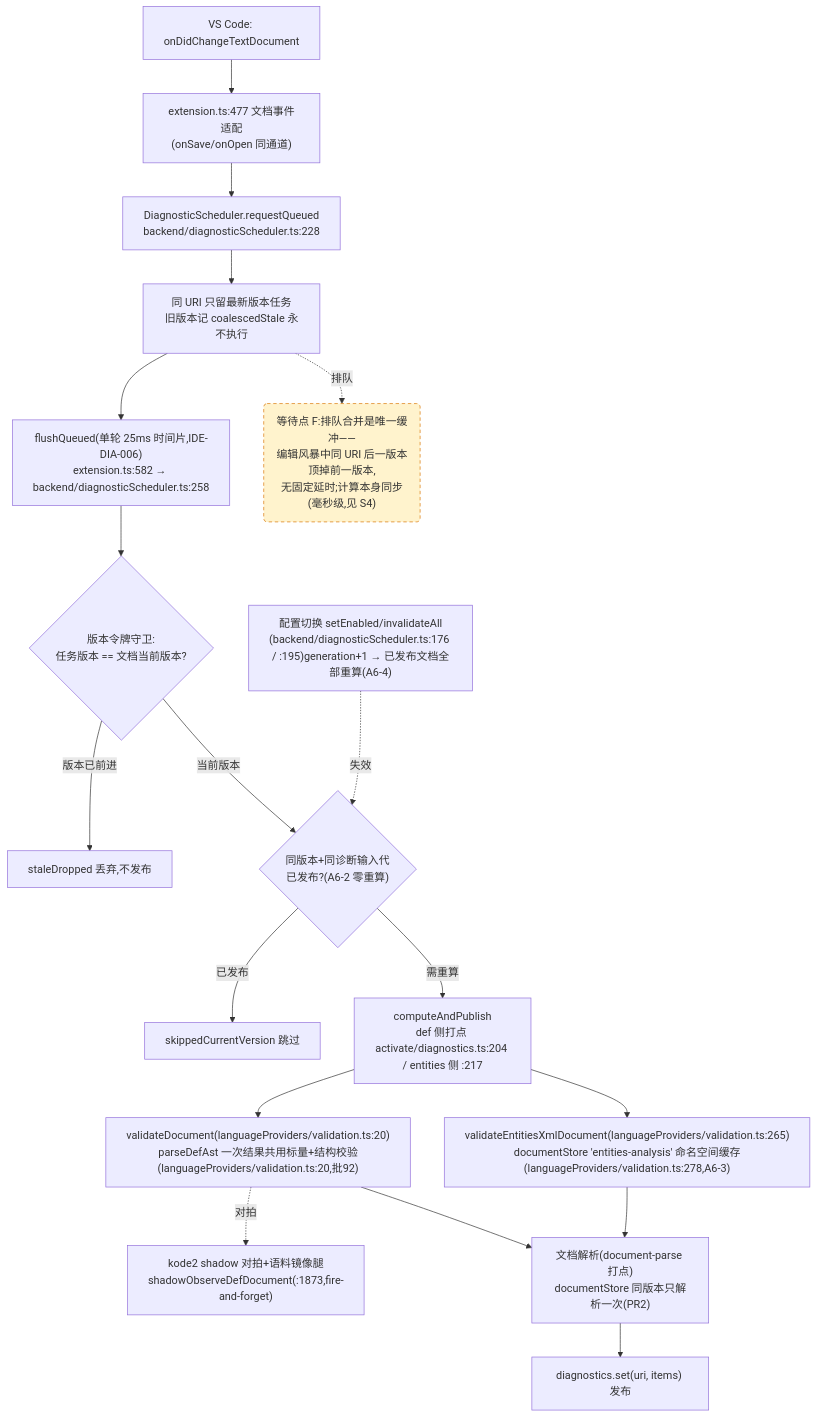
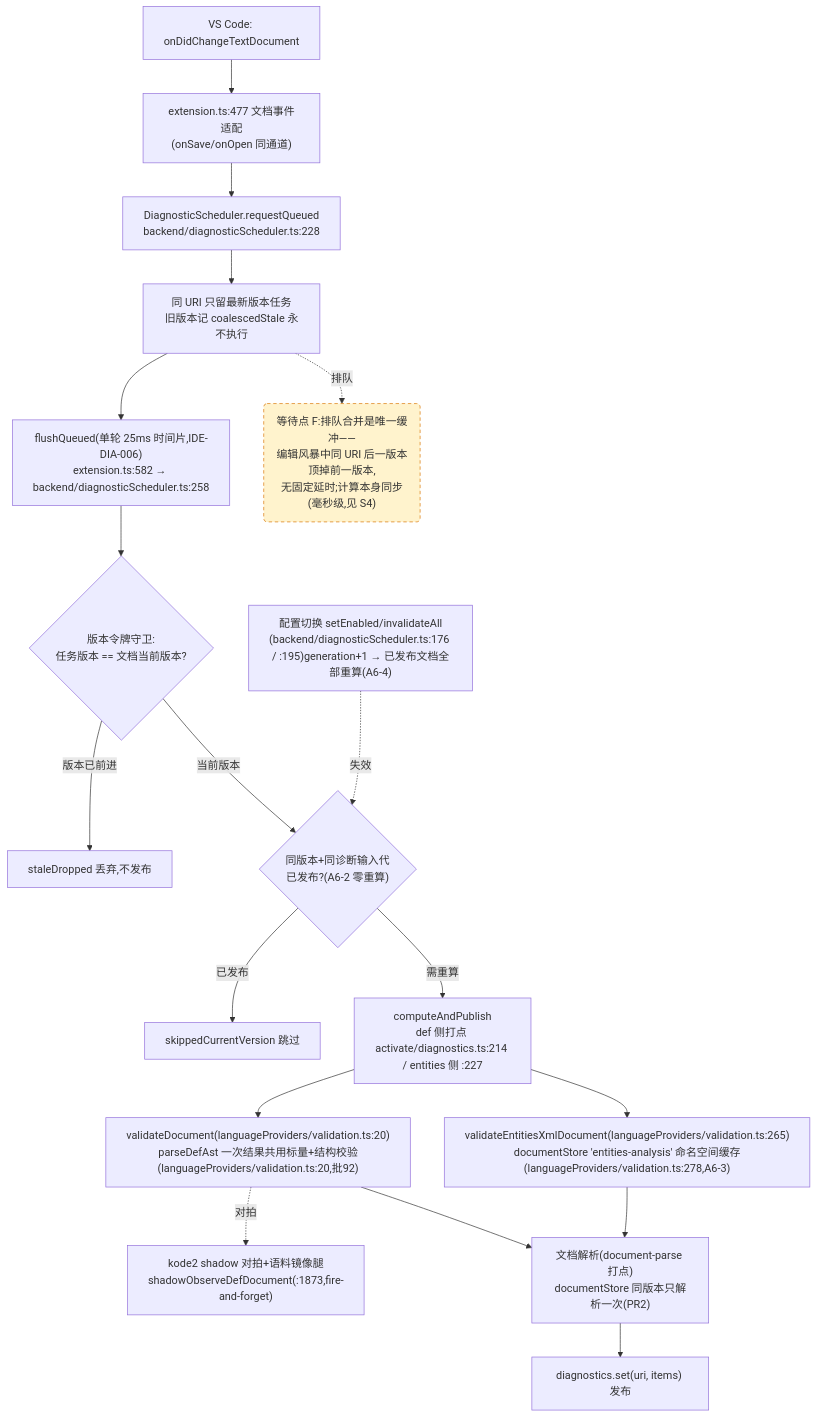
Before and after one commit to cuihairu/kode: the fourth of 4 diagrams in docs/perf/2026-baseline.md, drawn with Mermaid. The commit also changed 15 other files, not shown here.

````diff
--- a/docs/perf/2026-baseline.md
+++ b/docs/perf/2026-baseline.md
@@ -231,38 +231,38 @@
 ```mermaid
 flowchart TD
   CHG["VS Code: onDidChangeTextDocument"]
   WATCH["extension.ts:477 文档事件适配<br/>(onSave/onOpen 同通道)"]
   RQ["DiagnosticScheduler.requestQueued<br/>backend/diagnosticScheduler.ts:228"]
   CO["同 URI 只留最新版本任务<br/>旧版本记 coalescedStale 永不执行"]
   FL["flushQueued(单轮 25ms 时间片,IDE-DIA-006)<br/>extension.ts:582 → backend/diagnosticScheduler.ts:258"]
   VG{"版本令牌守卫:<br/>任务版本 == 文档当前版本?"}
   DROP["staleDropped 丢弃,不发布"]
   GEN{"同版本+同诊断输入代<br/>已发布?(A6-2 零重算)"}
   SKIP["skippedCurrentVersion 跳过"]
-  CALC["computeAndPublish<br/>def 侧打点 activate/diagnostics.ts:204 / entities 侧 :217"]
+  CALC["computeAndPublish<br/>def 侧打点 activate/diagnostics.ts:214 / entities 侧 :227"]
   VD["validateDocument(languageProviders/validation.ts:20)<br/>parseDefAst 一次结果共用标量+结构校验(languageProviders/validation.ts:20,批92)"]
   VEX["validateEntitiesXmlDocument(languageProviders/validation.ts:265)<br/>documentStore 'entities-analysis' 命名空间缓存(languageProviders/validation.ts:278,A6-3)"]
   SHDD["kode2 shadow 对拍+语料镜像腿<br/>shadowObserveDefDocument(:1873,fire-and-forget)"]
   DS["文档解析(document-parse 打点)<br/>documentStore 同版本只解析一次(PR2)"]
   PUB["diagnostics.set(uri, items) 发布"]
   CFG2["配置切换 setEnabled/invalidateAll<br/>(backend/diagnosticScheduler.ts:176 / :195)generation+1 → 已发布文档全部重算(A6-4)"]
 
   CHG --> WATCH --> RQ --> CO --> FL --> VG
   VG -- "版本已前进" --> DROP
   VG -- "当前版本" --> GEN
   GEN -- "已发布" --> SKIP
   GEN -- "需重算" --> CALC
   CALC --> VD
   CALC --> VEX
   VD --> DS
   VEX --> DS
   DS --> PUB
   VD -.->|对拍| SHDD
   CFG2 -.->|失效| GEN
 
   WAITF("等待点 F:排队合并是唯一缓冲——<br/>编辑风暴中同 URI 后一版本顶掉前一版本,<br/>无固定延时;计算本身同步(毫秒级,见 S4)")
   CO -.->|排队| WAITF
 
   classDef waitPoint fill:#fff3cd,stroke:#d97706,stroke-dasharray:5 4;
   class WAITF waitPoint;
 ```
````
